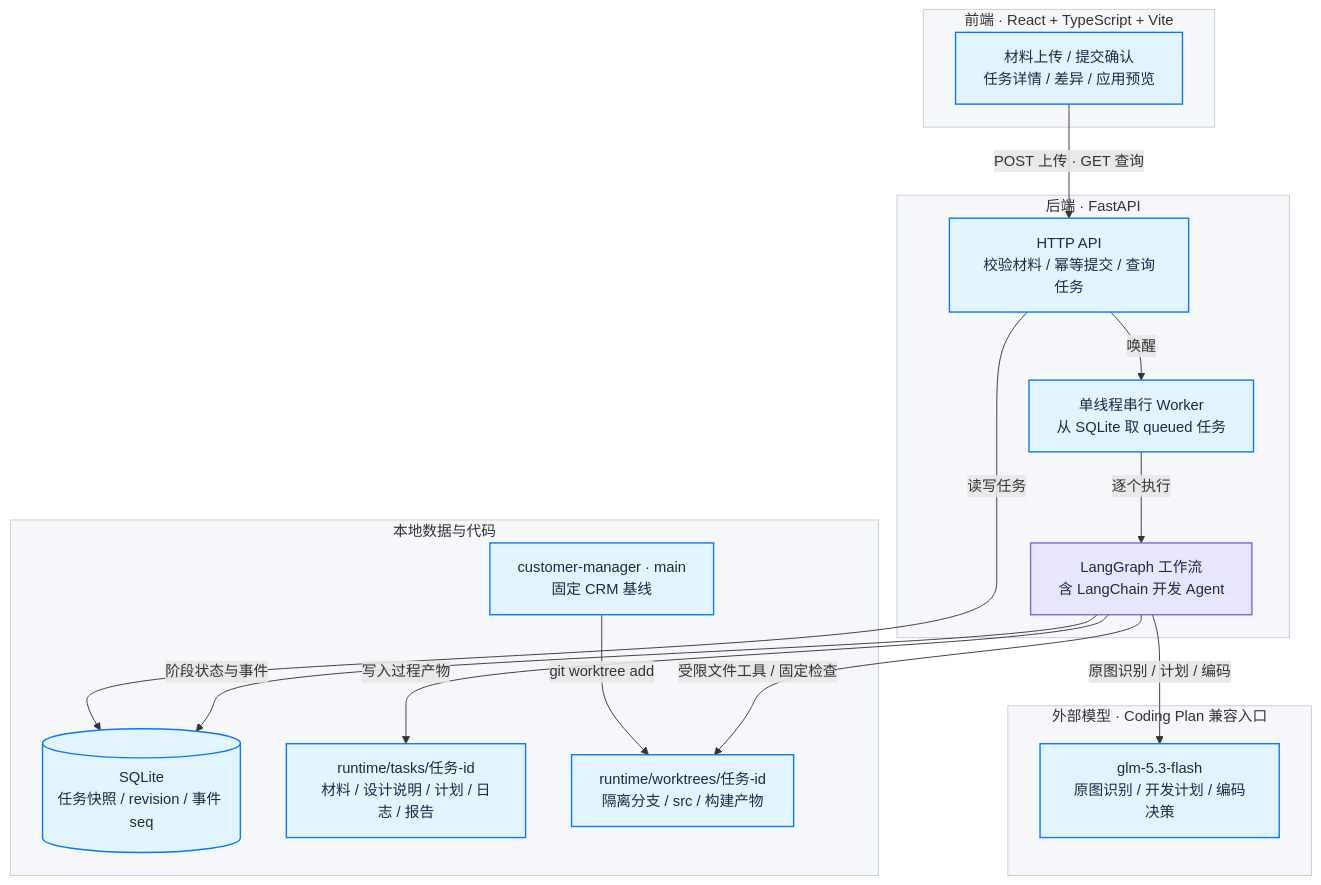
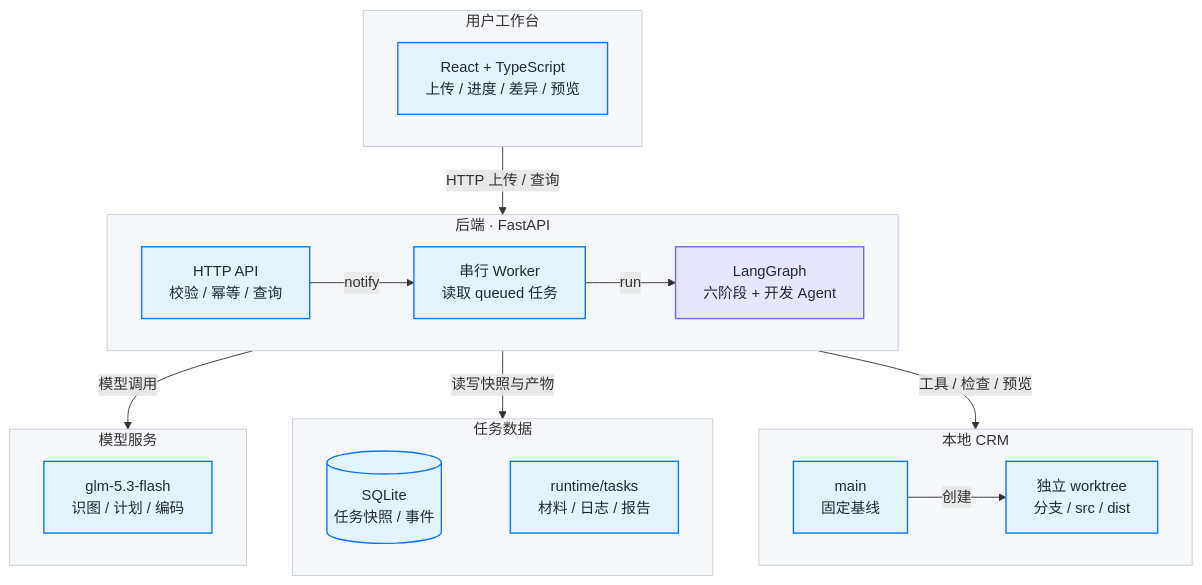
One commit to BruceZM/design-agent-mvp changed the diagram in docs/flows/sources/01-architecture.mmd. Above: the diagram before and after it, drawn with Mermaid. The commit also changed 18 other files, not shown here.

Commit message:
Fit diagrams to screen and focus Agent execution guide

```diff
--- a/docs/flows/sources/01-architecture.mmd
+++ b/docs/flows/sources/01-architecture.mmd
@@ -1,37 +1,37 @@
 flowchart TB
     accTitle: Design Agent MVP 系统架构
-    accDescr: React 前端经 HTTP 调用 FastAPI；SQLite 保存任务与事件；串行 Worker 运行 LangGraph，使用 GLM 和受限工具修改独立 CRM worktree。
-    subgraph FRONT[前端 · React + TypeScript + Vite]
-        UI["材料上传 / 提交确认<br/>任务详情 / 差异 / 应用预览"]
+    accDescr: React 经 HTTP 调用 FastAPI；后端的串行 Worker 执行 LangGraph，调用 GLM 和本地工具；SQLite 与任务目录保存状态和产物，CRM worktree 隔离源码改动。
+    subgraph FRONT[用户工作台]
+        UI["React + TypeScript<br/>上传 / 进度 / 差异 / 预览"]
     end
     subgraph BACK[后端 · FastAPI]
-        API["HTTP API<br/>校验材料 / 幂等提交 / 查询任务"]
-        WORKER["单线程串行 Worker<br/>从 SQLite 取 queued 任务"]
-        GRAPH["LangGraph 工作流<br/>含 LangChain 开发 Agent"]
-        API -->|唤醒| WORKER
-        WORKER -->|逐个执行| GRAPH
+        direction LR
+        API["HTTP API<br/>校验 / 幂等 / 查询"] -->|notify| WORKER["串行 Worker<br/>读取 queued 任务"]
+        WORKER -->|run| GRAPH["LangGraph<br/>六阶段 + 开发 Agent"]
     end
-    subgraph MODEL[外部模型 · Coding Plan 兼容入口]
-        GLM["glm-5.3-flash<br/>原图识别 / 开发计划 / 编码决策"]
+    subgraph MODEL[模型服务]
+        GLM["glm-5.3-flash<br/>识图 / 计划 / 编码"]
     end
-    subgraph LOCAL[本地数据与代码]
-        DB[("SQLite<br/>任务快照 / revision / 事件 seq")]
-        FILES["runtime/tasks/任务-id<br/>材料 / 设计说明 / 计划 / 日志 / 报告"]
-        BASE["customer-manager · main<br/>固定 CRM 基线"]
-        WT["runtime/worktrees/任务-id<br/>隔离分支 / src / 构建产物"]
-        BASE -->|git worktree add| WT
+    subgraph DATA[任务数据]
+        direction LR
+        DB[("SQLite<br/>任务快照 / 事件")]
+        FILES["runtime/tasks<br/>材料 / 日志 / 报告"]
+        DB ~~~ FILES
     end
-    UI -->|POST 上传 · GET 查询| API
-    API -->|读写任务| DB
-    GRAPH -->|阶段状态与事件| DB
-    GRAPH -->|写入过程产物| FILES
-    GRAPH -->|原图识别 / 计划 / 编码| GLM
-    GRAPH -->|受限文件工具 / 固定检查| WT
+    subgraph REPO[本地 CRM]
+        direction LR
+        BASE["main<br/>固定基线"] -->|创建| WT["独立 worktree<br/>分支 / src / dist"]
+    end
+    FRONT -->|HTTP 上传 / 查询| BACK
+    BACK -->|模型调用| MODEL
+    BACK -->|读写快照与产物| DATA
+    BACK -->|工具 / 检查 / 预览| REPO
     classDef base fill:#E1F4FF,stroke:#0878F9,color:#202B38,stroke-width:1.5px;
     classDef tool fill:#E8E6FF,stroke:#7966E8,color:#202B38,stroke-width:1.5px;
-    class UI,API,WORKER,GRAPH,GLM,DB,FILES,BASE,WT base;
+    class UI,API,WORKER,GLM,DB,FILES,BASE,WT base;
     class GRAPH tool;
     style FRONT fill:#F5F7FA,stroke:#C6CDD5
     style BACK fill:#F5F7FA,stroke:#C6CDD5
     style MODEL fill:#F5F7FA,stroke:#C6CDD5
-    style LOCAL fill:#F5F7FA,stroke:#C6CDD5
+    style DATA fill:#F5F7FA,stroke:#C6CDD5
+    style REPO fill:#F5F7FA,stroke:#C6CDD5
```
